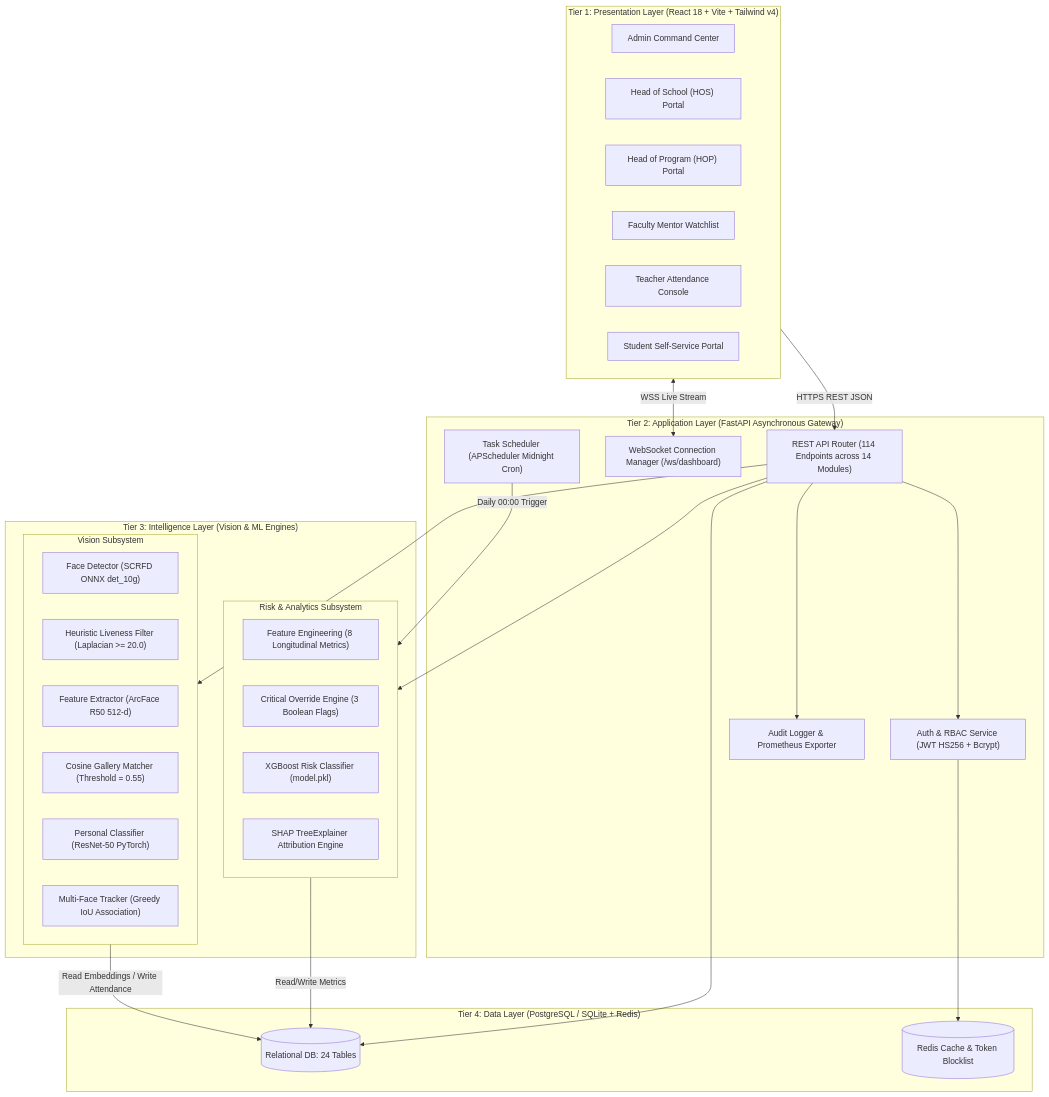
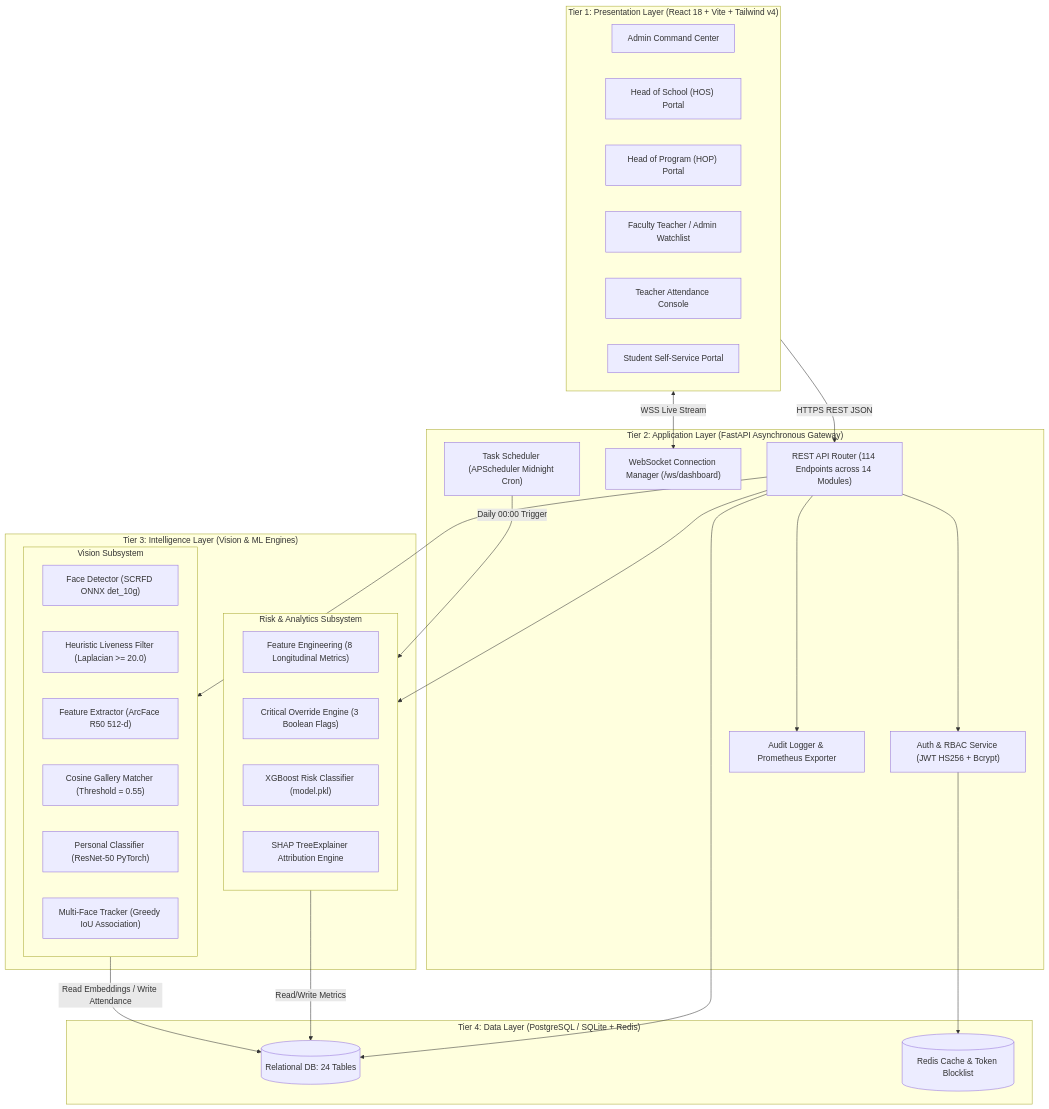
One commit to M0hammedAyan/AI-Classroom-Intelligent-System changed the first of 5 diagrams in REPORT_ch4.md. Above: the diagram before and after it, drawn with Mermaid. The commit also changed other lines of this file and 46 other files, not shown here.

````diff
--- a/REPORT_ch4.md
+++ b/REPORT_ch4.md
@@ -6,54 +6,54 @@
 ```mermaid
 graph TD
     subgraph Presentation_Tier ["Tier 1: Presentation Layer (React 18 + Vite + Tailwind v4)"]
         UI1["Admin Command Center"]
         UI2["Head of School (HOS) Portal"]
         UI3["Head of Program (HOP) Portal"]
-        UI4["Faculty Mentor Watchlist"]
+        UI4["Faculty Teacher / Admin Watchlist"]
         UI5["Teacher Attendance Console"]
         UI6["Student Self-Service Portal"]
     end
 
     subgraph Application_Tier ["Tier 2: Application Layer (FastAPI Asynchronous Gateway)"]
         Gateway["REST API Router (114 Endpoints across 14 Modules)"]
         AuthService["Auth & RBAC Service (JWT HS256 + Bcrypt)"]
         WSManager["WebSocket Connection Manager (/ws/dashboard)"]
         SchedulerService["Task Scheduler (APScheduler Midnight Cron)"]
         AuditService["Audit Logger & Prometheus Exporter"]
     end
 
     subgraph Intelligence_Tier ["Tier 3: Intelligence Layer (Vision & ML Engines)"]
         subgraph Vision_Subsystem ["Vision Subsystem"]
             SCRFD["Face Detector (SCRFD ONNX det_10g)"]
             Liveness["Heuristic Liveness Filter (Laplacian >= 20.0)"]
             ArcFace["Feature Extractor (ArcFace R50 512-d)"]
             Matcher["Cosine Gallery Matcher (Threshold = 0.55)"]
             ResNetFallback["Personal Classifier (ResNet-50 PyTorch)"]
             Tracker["Multi-Face Tracker (Greedy IoU Association)"]
         end
         subgraph Risk_Subsystem ["Risk & Analytics Subsystem"]
             FeatureEng["Feature Engineering (8 Longitudinal Metrics)"]
             OverrideEngine["Critical Override Engine (3 Boolean Flags)"]
             XGBoostEngine["XGBoost Risk Classifier (model.pkl)"]
             SHAPExplainer["SHAP TreeExplainer Attribution Engine"]
         end
     end
 
     subgraph Data_Tier ["Tier 4: Data Layer (PostgreSQL / SQLite + Redis)"]
         DB[(Relational DB: 24 Tables)]
         Cache[(Redis Cache & Token Blocklist)]
     end
 
     %% Connections
     Presentation_Tier -->|HTTPS REST JSON| Gateway
     Presentation_Tier <-->|WSS Live Stream| WSManager
     Gateway --> AuthService
     Gateway --> AuditService
     Gateway --> Vision_Subsystem
     Gateway --> Risk_Subsystem
     SchedulerService -->|Daily 00:00 Trigger| Risk_Subsystem
     Risk_Subsystem -->|Read/Write Metrics| DB
     Vision_Subsystem -->|Read Embeddings / Write Attendance| DB
     AuthService --> Cache
     Gateway --> DB
 ```
````
